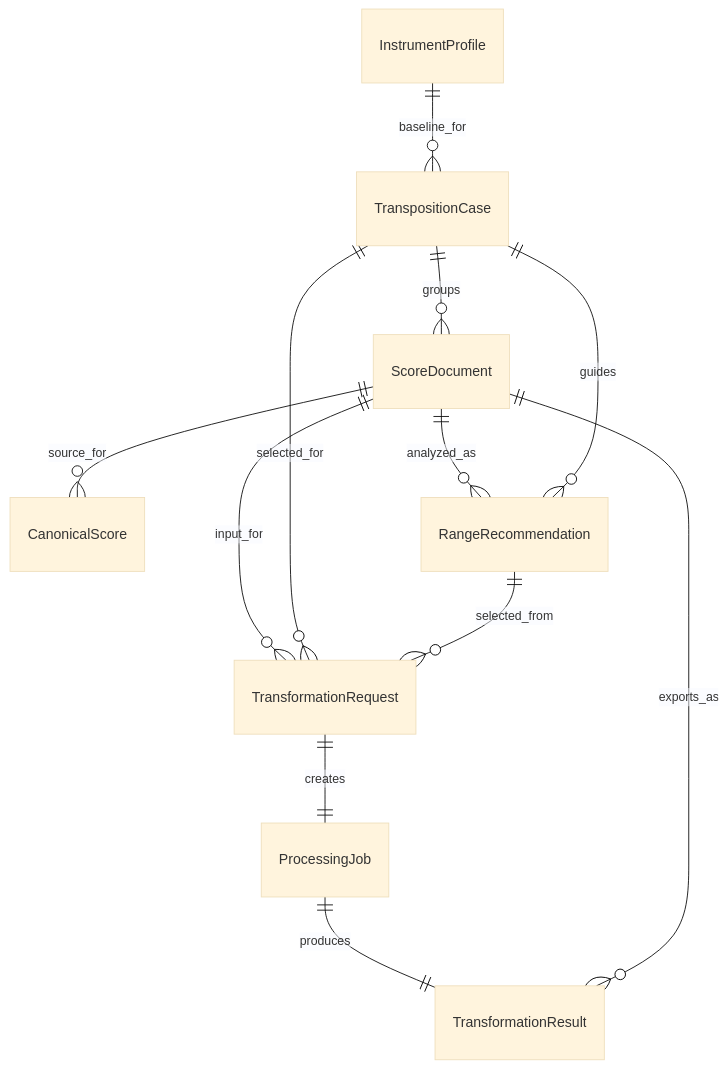
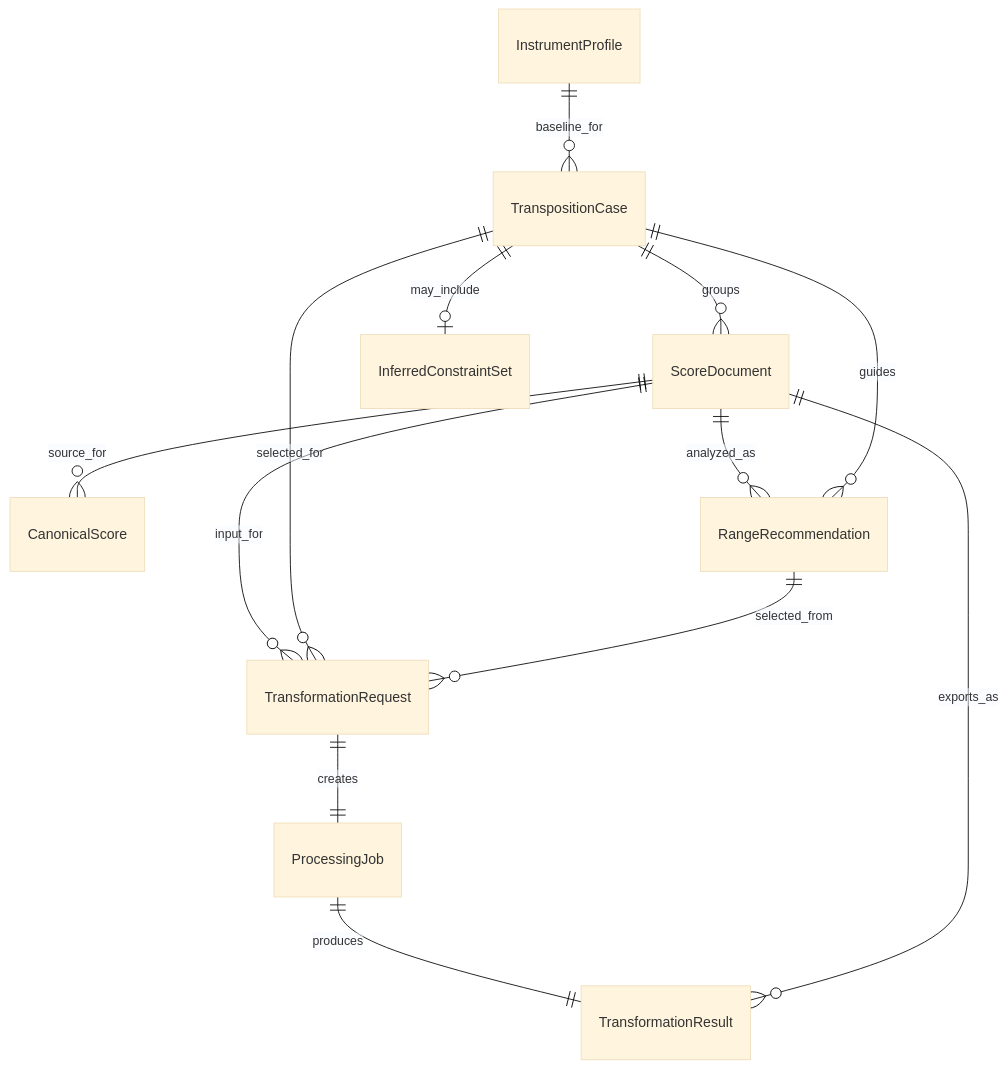
Before and after one commit to AnaKies/music-app: the diagram in docs/architecture/data-model.md, drawn with Mermaid (base theme). The commit also changed other lines of this file and 14 other files, not shown here.

Commit message:
docs: align AI, frontend, and backend plans with architecture

````diff
--- a/docs/architecture/data-model.md
+++ b/docs/architecture/data-model.md
@@ -198,14 +227,15 @@
 ```mermaid
 erDiagram
     ScoreDocument ||--o{ CanonicalScore : source_for
     InstrumentProfile ||--o{ TranspositionCase : baseline_for
+    TranspositionCase ||--o| InferredConstraintSet : may_include
     ScoreDocument ||--o{ RangeRecommendation : analyzed_as
     TranspositionCase ||--o{ ScoreDocument : groups
     TranspositionCase ||--o{ RangeRecommendation : guides
     ScoreDocument ||--o{ TransformationRequest : input_for
     TranspositionCase ||--o{ TransformationRequest : selected_for
     RangeRecommendation ||--o{ TransformationRequest : selected_from
     TransformationRequest ||--|| ProcessingJob : creates
     ProcessingJob ||--|| TransformationResult : produces
     TransformationResult }o--|| ScoreDocument : exports_as
 ```
````
